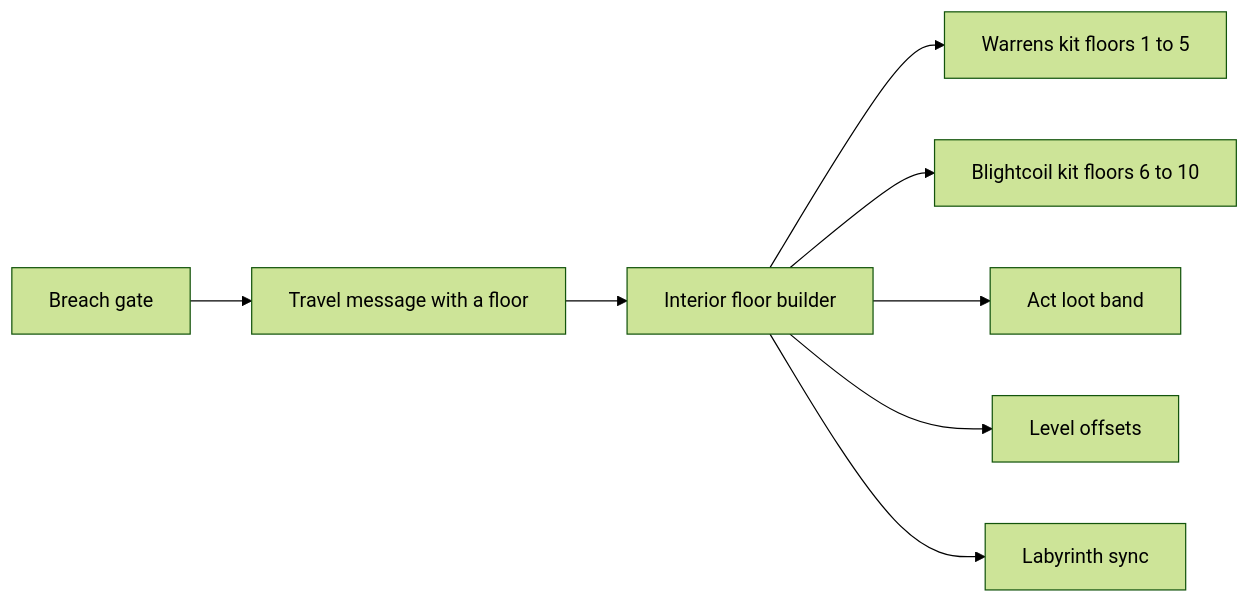
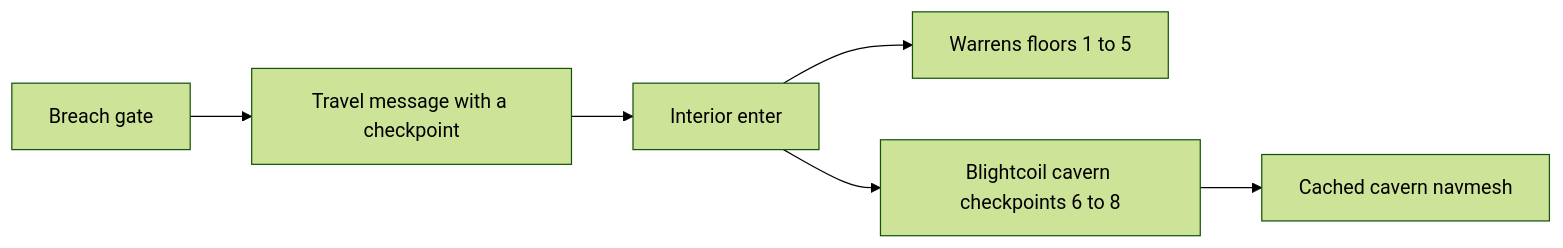
One commit to ShobieShy/covenant-of-embers changed the first of 4 diagrams in docs/PLAN_0.7.0_ACT2.md. Above: the diagram before and after it, drawn with Mermaid (forest theme). The commit also changed other lines of this file, not shown here.

First line of the commit message:
docs: make Act II a walkable vertical cavern

````diff
--- a/docs/PLAN_0.7.0_ACT2.md
+++ b/docs/PLAN_0.7.0_ACT2.md
@@ -185,17 +197,13 @@
 ```mermaid
 flowchart LR
   gate[Breach gate]
-  travel[Travel message with a floor]
-  interiors[Interior floor builder]
-  warrens[Warrens kit floors 1 to 5]
-  blight[Blightcoil kit floors 6 to 10]
-  loot[Act loot band]
-  scale[Level offsets]
-  sync[Labyrinth sync]
+  travel[Travel message with a checkpoint]
+  interiors[Interior enter]
+  warrens[Warrens floors 1 to 5]
+  cavern[Blightcoil cavern checkpoints 6 to 8]
+  nav[Cached cavern navmesh]
   gate --> travel --> interiors
   interiors --> warrens
-  interiors --> blight
-  interiors --> loot
-  interiors --> scale
-  interiors --> sync
+  interiors --> cavern
+  cavern --> nav
 ```
````
